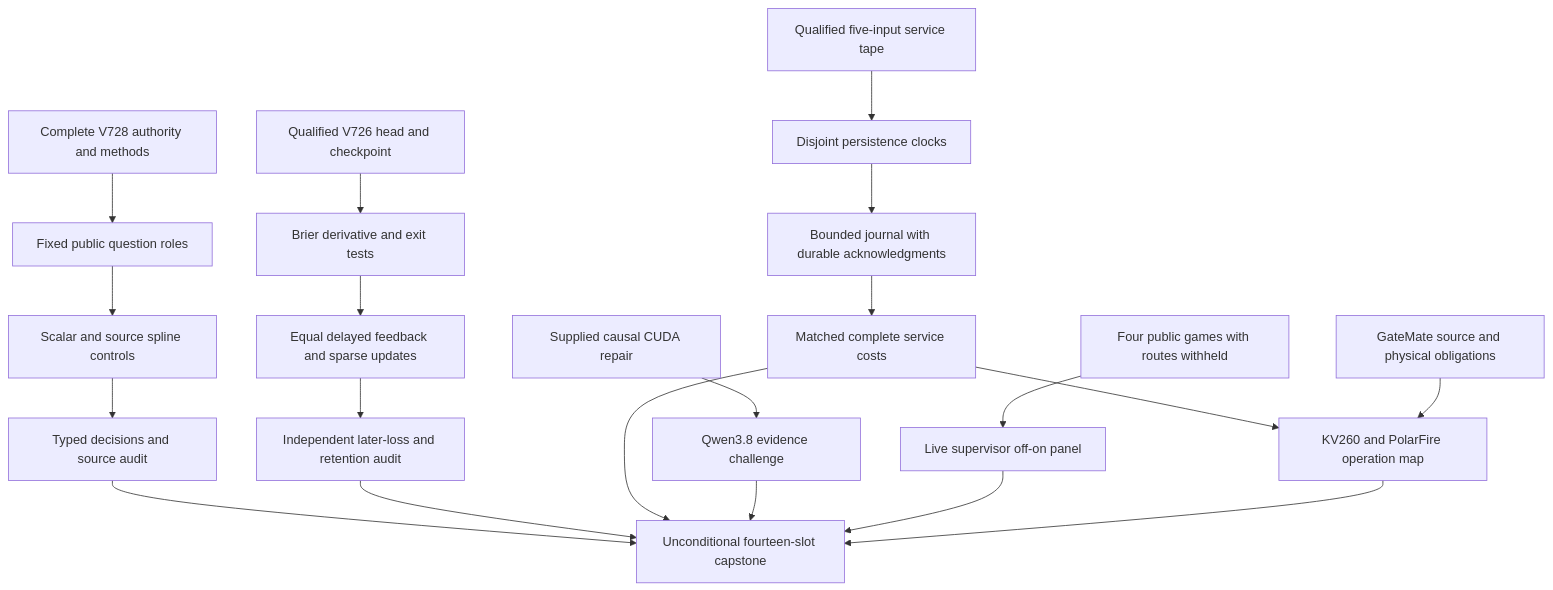
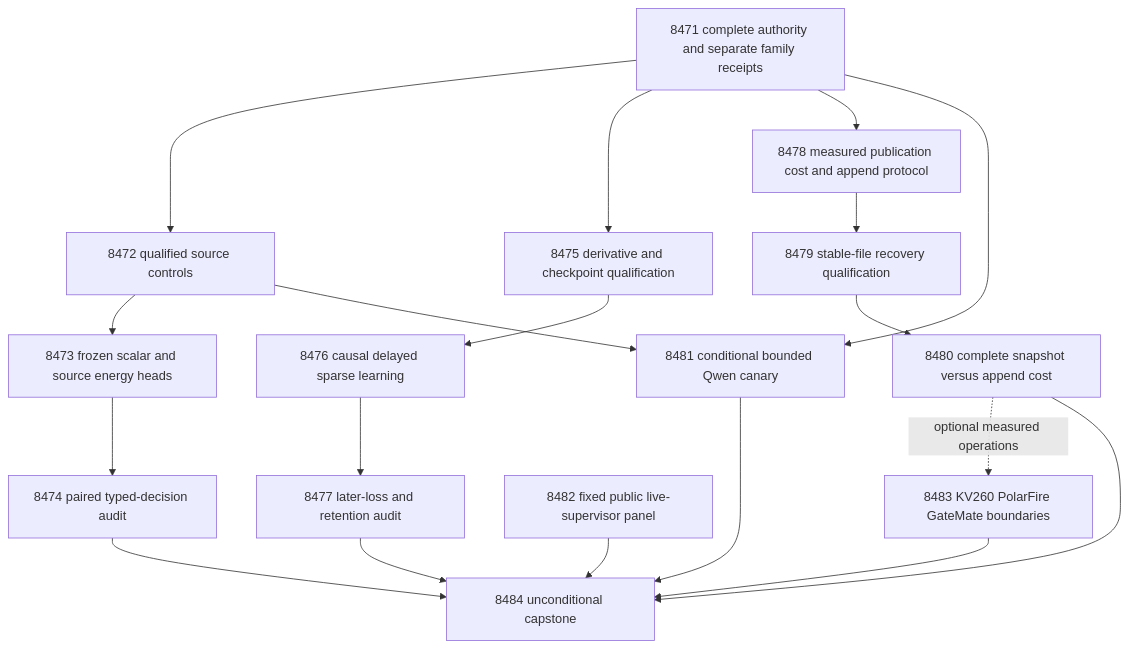
One commit to Carnot-EBM/carnot-ebm changed the diagram in openspec/change-proposals/research-roadmap-vNEXT.md. Above: the diagram before and after it, drawn with Mermaid. The commit also changed other lines of this file and 13 other files, not shown here.

````diff
--- a/openspec/change-proposals/research-roadmap-vNEXT.md
+++ b/openspec/change-proposals/research-roadmap-vNEXT.md
@@ -105,22 +96,21 @@
 ```mermaid
 flowchart TD
-    A[Complete V728 authority and methods] --> S[Fixed public question roles]
-    S --> F[Scalar and source spline controls]
-    F --> D[Typed decisions and source audit]
-    H[Qualified V726 head and checkpoint] --> Q[Brier derivative and exit tests]
-    Q --> L[Equal delayed feedback and sparse updates]
-    L --> R[Independent later-loss and retention audit]
-    P[Qualified five-input service tape] --> C[Disjoint persistence clocks]
-    C --> J[Bounded journal with durable acknowledgments]
-    J --> T[Matched complete service costs]
-    X[Supplied causal CUDA repair] --> G[Qwen3.8 evidence challenge]
-    U[Four public games with routes withheld] --> V[Live supervisor off-on panel]
-    T --> B[KV260 and PolarFire operation map]
-    M[GateMate source and physical obligations] --> B
-    D --> Z[Unconditional fourteen-slot capstone]
+    A[8471 complete authority and separate family receipts] --> S[8472 qualified source controls]
+    S --> F[8473 frozen scalar and source energy heads]
+    F --> D[8474 paired typed-decision audit]
+    A --> Q[8475 derivative and checkpoint qualification]
+    Q --> L[8476 causal delayed sparse learning]
+    L --> R[8477 later-loss and retention audit]
+    A --> P[8478 measured publication cost and append protocol]
+    P --> J[8479 stable-file recovery qualification]
+    J --> C[8480 complete snapshot versus append cost]
+    A --> G[8481 conditional bounded Qwen canary]
+    S --> G
+    V[8482 fixed public live-supervisor panel] --> Z[8484 unconditional capstone]
+    C -. optional measured operations .-> B[8483 KV260 PolarFire GateMate boundaries]
+    D --> Z
     R --> Z
-    T --> Z
+    C --> Z
     G --> Z
-    V --> Z
     B --> Z
 ```
````
